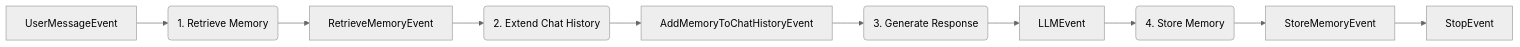
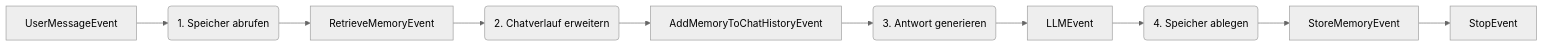
The diagram in aihub_doc/docs/3_sdk/2_building_agents/5_memory/index.de.md (bbvch-ai/aihub-core), drawn with Mermaid (neutral theme) before and after one commit. The commit also changed other lines of this file and 18 other files, not shown here.

````diff
--- a/aihub_doc/docs/3_sdk/2_building_agents/5_memory/index.de.md
+++ b/aihub_doc/docs/3_sdk/2_building_agents/5_memory/index.de.md
@@ -31,12 +22,12 @@
 ```mermaid
 graph LR
-    A[UserMessageEvent] --> B(1. Retrieve Memory)
+    A[UserMessageEvent] --> B(1. Speicher abrufen)
     B --> C[RetrieveMemoryEvent]
-    C --> D(2. Extend Chat History)
+    C --> D(2. Chatverlauf erweitern)
     D --> E[AddMemoryToChatHistoryEvent]
-    E --> F(3. Generate Response)
+    E --> F(3. Antwort generieren)
     F --> G[LLMEvent]
-    G --> H(4. Store Memory)
+    G --> H(4. Speicher ablegen)
     H --> I[StoreMemoryEvent]
     I --> J[StopEvent]
 ```
````
